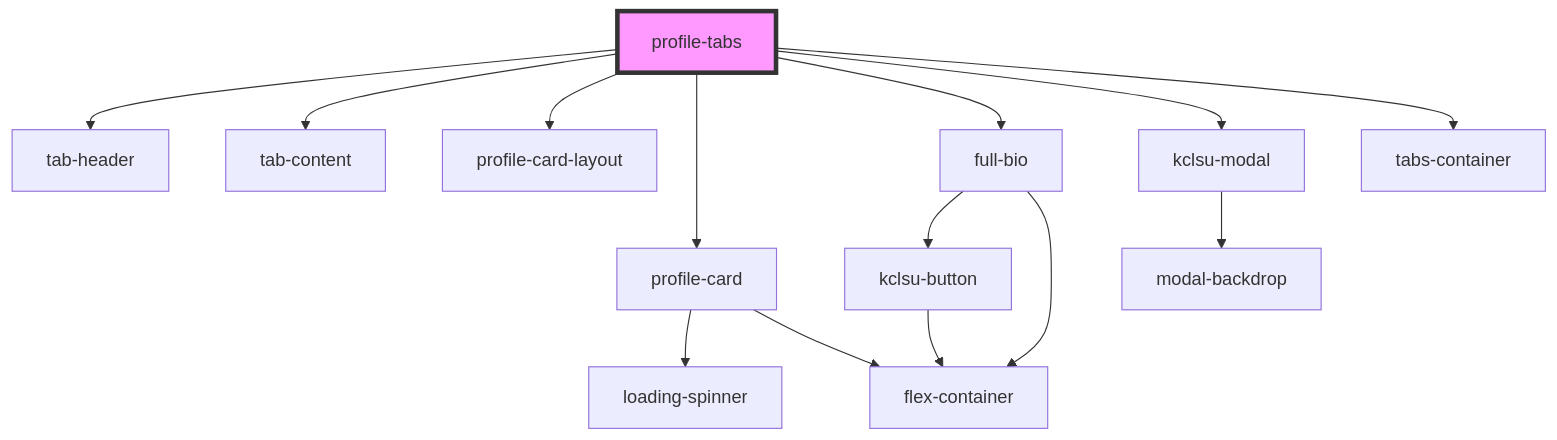
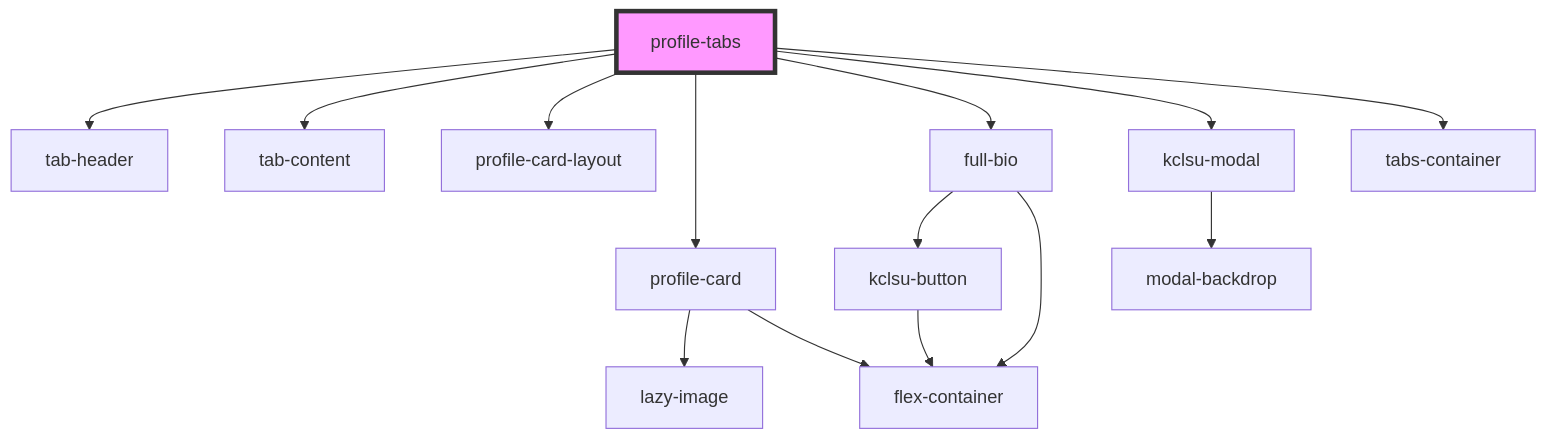
One commit to dev-kylo/component_library changed the diagram in src/components/profiles/readme.md. Above: the diagram before and after it, drawn with Mermaid. The commit also changed 27 other files, not shown here.

````diff
--- a/src/components/profiles/readme.md
+++ b/src/components/profiles/readme.md
@@ -30,17 +30,17 @@
 ```mermaid
 graph TD;
   profile-tabs --> tab-header
   profile-tabs --> tab-content
   profile-tabs --> profile-card-layout
   profile-tabs --> profile-card
   profile-tabs --> full-bio
   profile-tabs --> kclsu-modal
   profile-tabs --> tabs-container
-  profile-card --> loading-spinner
+  profile-card --> lazy-image
   profile-card --> flex-container
   full-bio --> kclsu-button
   full-bio --> flex-container
   kclsu-button --> flex-container
   kclsu-modal --> modal-backdrop
   style profile-tabs fill:#f9f,stroke:#333,stroke-width:4px
 ```
````
